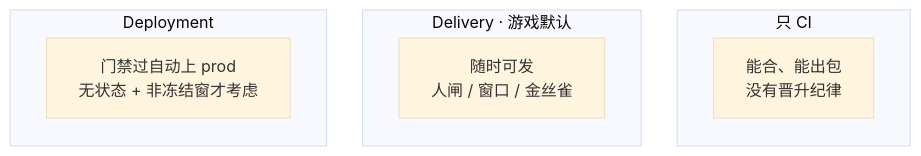
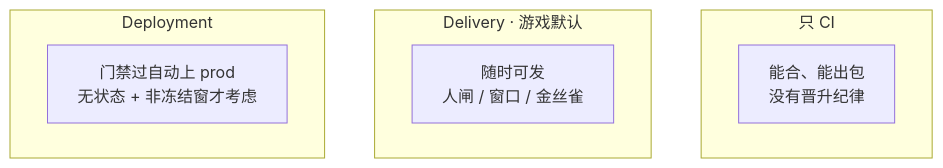
The second of 7 diagrams in 04-工程化与自动化/04-CI-CD/知识点.md (ml-cuizijun/LearnToLilith), drawn with Mermaid before and after one commit. The commit also changed other lines of this file and 178 other files, not shown here.

````diff
--- a/04-工程化与自动化/04-CI-CD/知识点.md
+++ b/04-工程化与自动化/04-CI-CD/知识点.md
@@ -141,16 +35,12 @@
 ```mermaid
-%%{init: {"flowchart": {"padding": 16, "nodeSpacing": 36, "rankSpacing": 48}, "theme": "base"}}%%
 flowchart TB
     subgraph onlyci ["只 CI"]
         o1["能合、能出包<br/>没有晋升纪律"]
     end
     subgraph deliv ["Delivery · 游戏默认"]
         d1["随时可发<br/>人闸 / 窗口 / 金丝雀"]
     end
     subgraph deply ["Deployment"]
         p1["门禁过自动上 prod<br/>无状态 + 非冻结窗才考虑"]
     end
-
-    class o1 bad
-    class d1 ok
 ```
````
